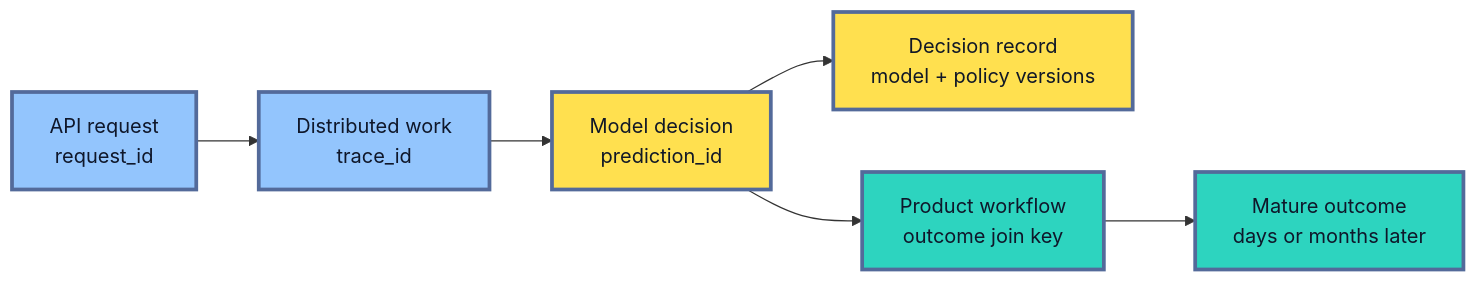
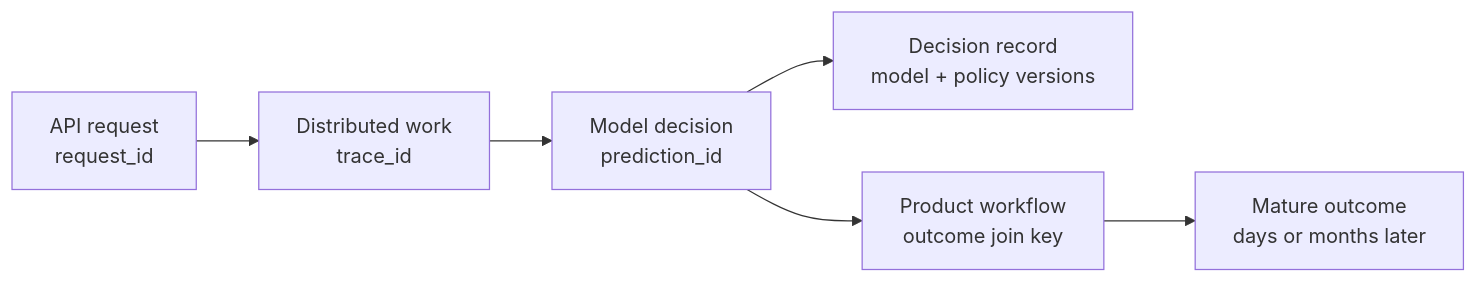
Before and after one commit to senlinyy/dev-roadmaps: the third of 5 diagrams in roadmaps/mlops/modules/monitoring-and-feedback/system-observability/02-logging-prediction-requests-responses.md, drawn with Mermaid. The commit also changed other lines of this file and 152 other files, not shown here.

Commit message:
feat: mlops and diagrams updated

````diff
--- a/roadmaps/mlops/modules/monitoring-and-feedback/system-observability/02-logging-prediction-requests-responses.md
+++ b/roadmaps/mlops/modules/monitoring-and-feedback/system-observability/02-logging-prediction-requests-responses.md
@@ -210,15 +202,12 @@
 ```mermaid
 flowchart LR
     A["API request<br/>request_id"] --> B["Distributed work<br/>trace_id"]
     B --> C["Model decision<br/>prediction_id"]
     C --> D["Decision record<br/>model + policy versions"]
     C --> E["Product workflow<br/>outcome join key"]
     E --> F["Mature outcome<br/>days or months later"]
 
-    classDef request fill:#93C5FD,stroke:#536A9A,stroke-width:3px,color:#0F172A
-    classDef prediction fill:#FFE04F,stroke:#536A9A,stroke-width:3px,color:#111827
-    classDef outcome fill:#2DD4BF,stroke:#536A9A,stroke-width:3px,color:#0F172A
     class A,B request
     class C,D prediction
     class E,F outcome
 ```
````
